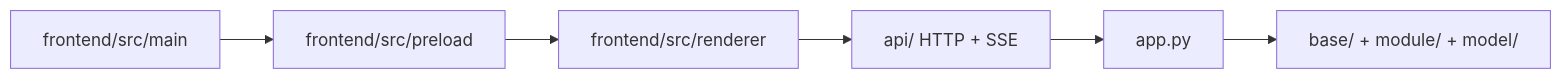
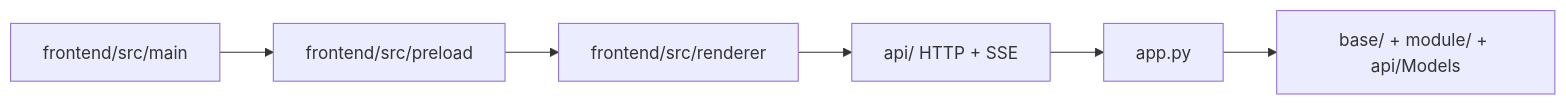
One commit to neavo/LinguaGacha changed the diagram in AGENTS.md. Above: the diagram before and after it, drawn with Mermaid. The commit also changed other lines of this file and 173 other files, not shown here.

````diff
--- a/AGENTS.md
+++ b/AGENTS.md
@@ -10,8 +10,8 @@
 ```mermaid
 flowchart LR
     A["frontend/src/main"] --> B["frontend/src/preload"]
     B --> C["frontend/src/renderer"]
     C --> D["api/ HTTP + SSE"]
     D --> E["app.py"]
-    E --> F["base/ + module/ + model/"]
+    E --> F["base/ + module/ + api/Models"]
 ```
````
